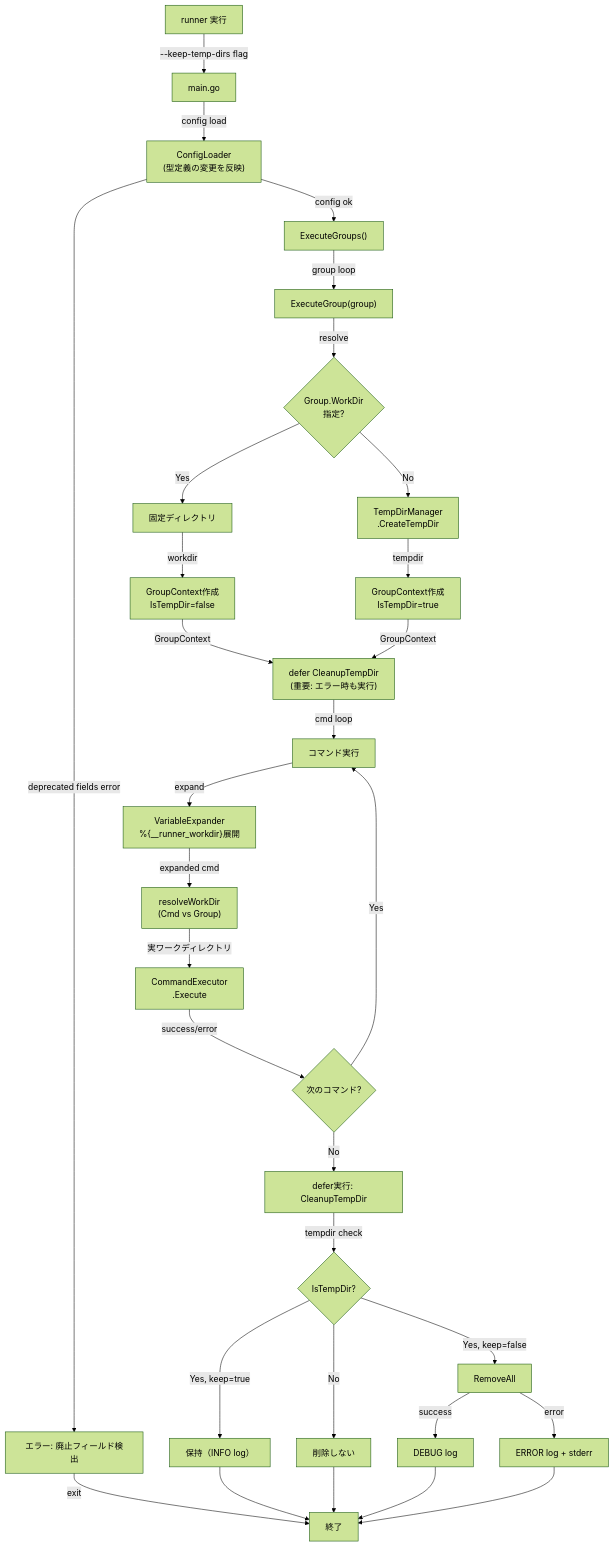
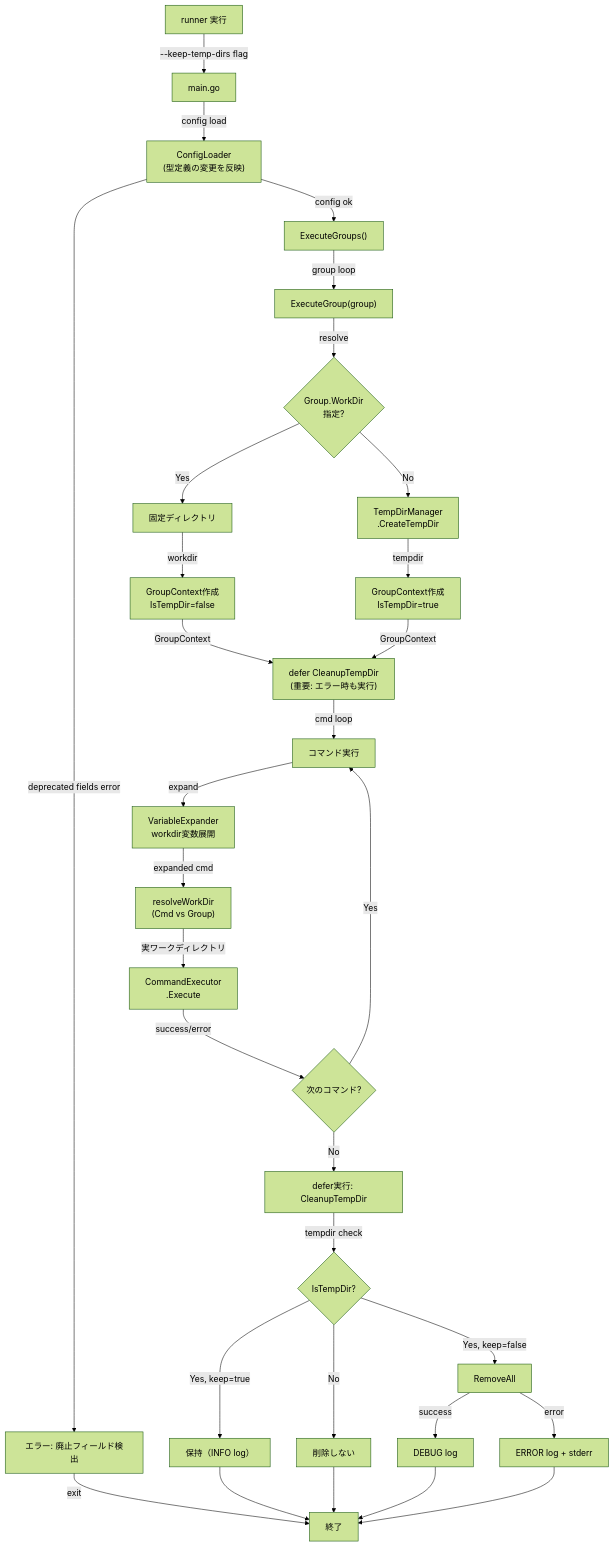
Diagram 11 of 11 in docs/tasks/0034_workdir_redesign/02_architecture.md (isseis/go-safe-cmd-runner), drawn with Mermaid (forest theme) before and after one commit. The commit also changed other lines of this file and 1 other file, not shown here.

First line of the commit message:
Introduce TempDirManager and refactor group workdir handling

````diff
--- a/docs/tasks/0034_workdir_redesign/02_architecture.md
+++ b/docs/tasks/0034_workdir_redesign/02_architecture.md
@@ -598,50 +735,50 @@
 ```mermaid
 flowchart TD
     Start["runner 実行"] -->|--keep-temp-dirs flag| Main["main.go"]
 
     Main -->|config load| ConfigLoader["ConfigLoader<br/>(型定義の変更を反映)"]
     ConfigLoader -->|deprecated fields error| Error1["エラー: 廃止フィールド検出"]
     ConfigLoader -->|config ok| ExecuteGroups
 
     ExecuteGroups["ExecuteGroups()"]
 
     ExecuteGroups -->|group loop| ExecuteGroup["ExecuteGroup(group)"]
 
     ExecuteGroup -->|resolve| ResolveWorkDir
     ResolveWorkDir{"Group.WorkDir<br/>指定?"}
     ResolveWorkDir -->|Yes| UseGroupWD["固定ディレクトリ"]
     ResolveWorkDir -->|No| CreateTempDir["TempDirManager<br/>.CreateTempDir"]
 
     UseGroupWD -->|workdir| CreateGroupCtx["GroupContext作成<br/>IsTempDir=false"]
     CreateTempDir -->|tempdir| CreateGroupCtx2["GroupContext作成<br/>IsTempDir=true"]
 
     CreateGroupCtx -->|GroupContext| RegisterDefer
     CreateGroupCtx2 -->|GroupContext| RegisterDefer
 
     RegisterDefer["defer CleanupTempDir<br/>(重要: エラー時も実行)"]
 
     RegisterDefer -->|cmd loop| ExecuteCmd["コマンド実行"]
 
-    ExecuteCmd -->|expand| VariableExpander["VariableExpander<br/>%{__runner_workdir}展開"]
+    ExecuteCmd -->|expand| VariableExpander["VariableExpander<br/>workdir変数展開"]
     VariableExpander -->|expanded cmd| ResolveCmd["resolveWorkDir<br/>(Cmd vs Group)"]
     ResolveCmd -->|実ワークディレクトリ| CommandExecutor["CommandExecutor<br/>.Execute"]
 
     CommandExecutor -->|success/error| NextCmd{次のコマンド?}
     NextCmd -->|Yes| ExecuteCmd
     NextCmd -->|No| DeferRun
 
     Error1 -->|exit| End["終了"]
     DeferRun["defer実行: CleanupTempDir"]
     DeferRun -->|tempdir check| DeleteCheck{IsTempDir?}
     DeleteCheck -->|Yes, keep=false| Delete["RemoveAll"]
     DeleteCheck -->|Yes, keep=true| Keep["保持（INFO log）"]
     DeleteCheck -->|No| NoDelete["削除しない"]
 
     Delete -->|success| DeleteOK["DEBUG log"]
     Delete -->|error| DeleteErr["ERROR log + stderr"]
 
     Keep --> End
     NoDelete --> End
     DeleteOK --> End
     DeleteErr --> End
 ```
````
